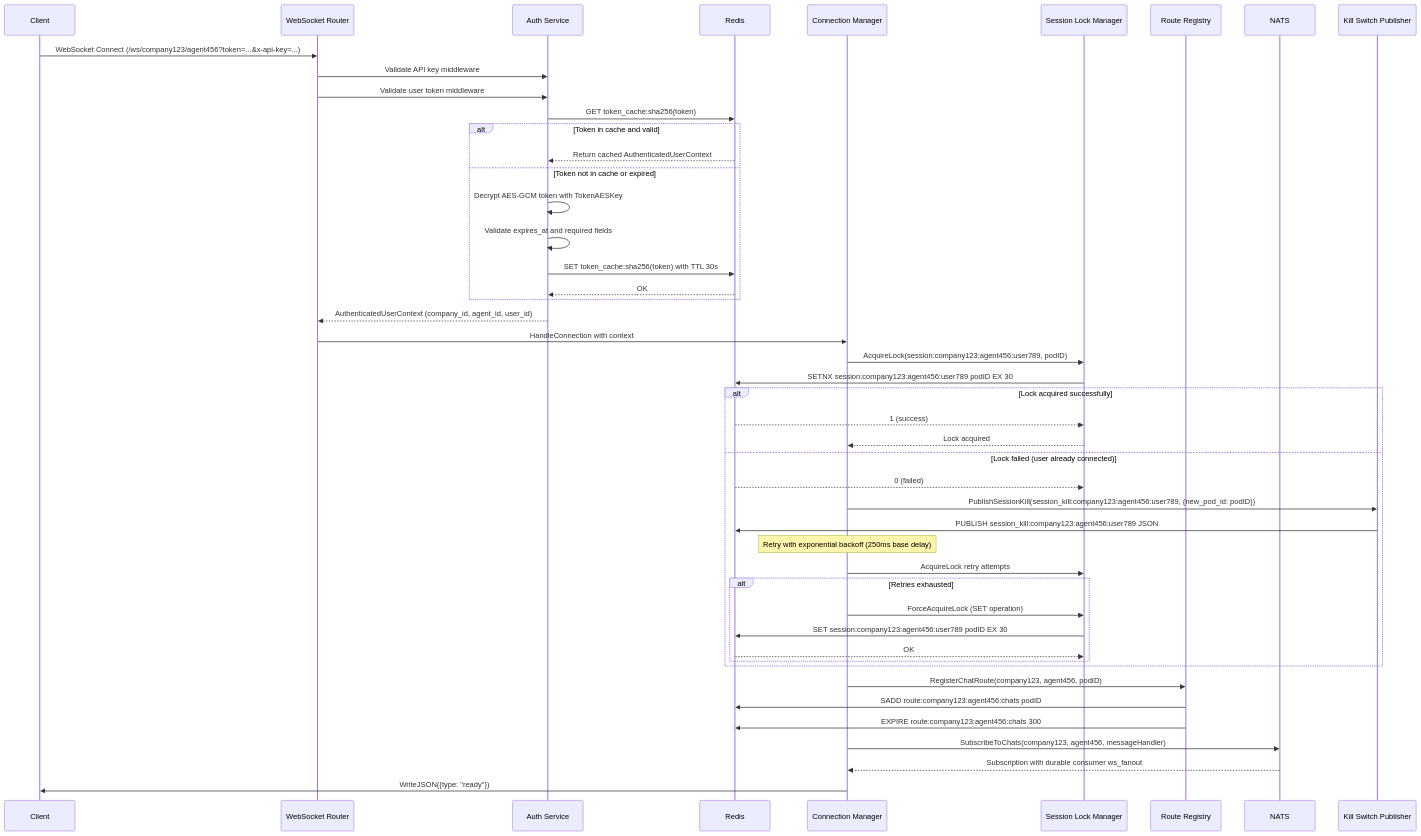
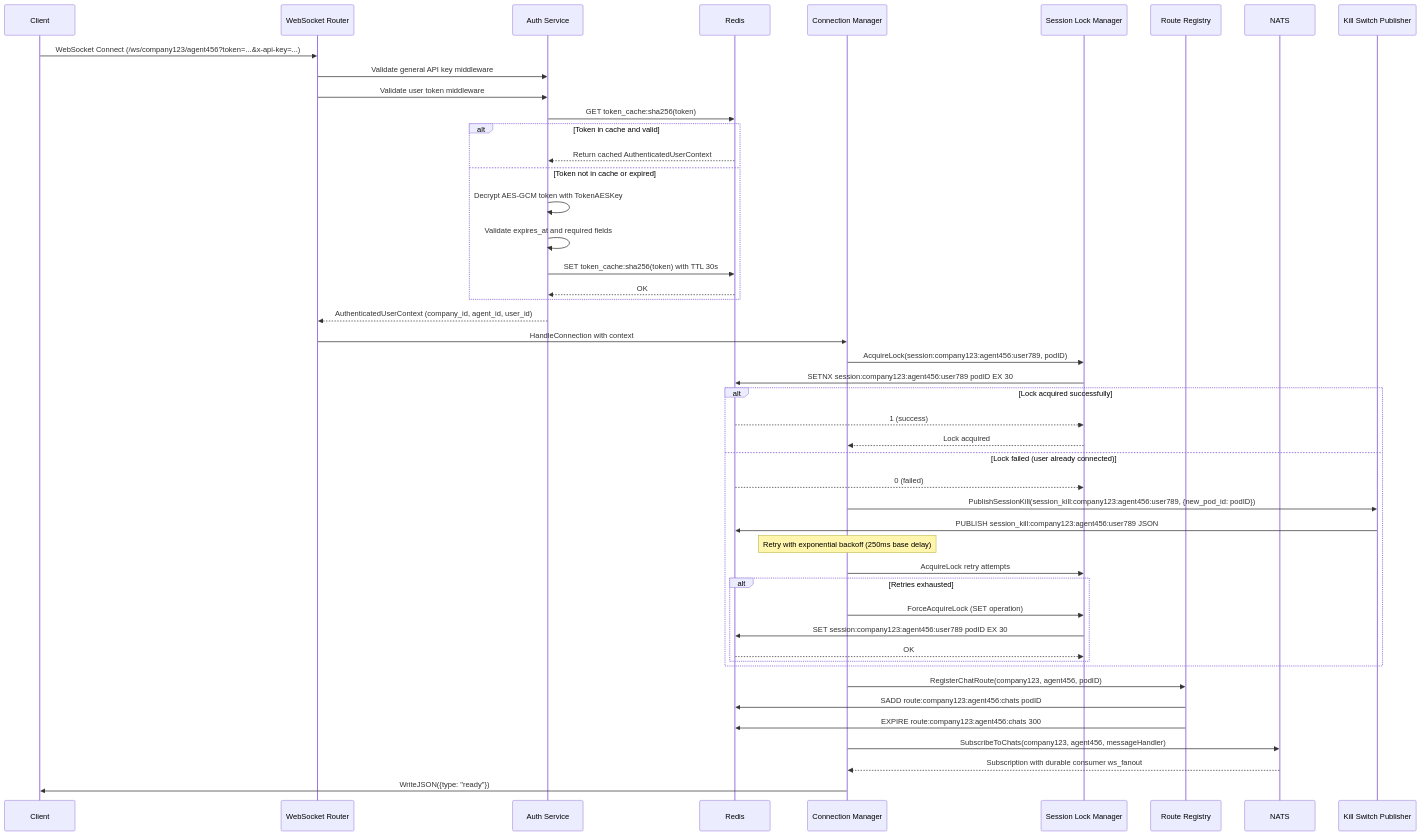
Before and after one commit to ridhomain/dws: the second of 5 diagrams in docs/system_architecture.md, drawn with Mermaid. The commit also changed other lines of this file and 5 other files, not shown here.

````diff
--- a/docs/system_architecture.md
+++ b/docs/system_architecture.md
@@ -184,59 +188,59 @@
 ```mermaid
 sequenceDiagram
     participant Client
     participant Router as WebSocket Router
     participant Auth as Auth Service
     participant Redis
     participant ConnMgr as Connection Manager
     participant SessionLock as Session Lock Manager
     participant RouteReg as Route Registry
     participant NATS
     participant KillSwitch as Kill Switch Publisher
 
     Client->>Router: WebSocket Connect (/ws/company123/agent456?token=...&x-api-key=...)
-    Router->>Auth: Validate API key middleware
+    Router->>Auth: Validate general API key middleware
     Router->>Auth: Validate user token middleware
     Auth->>Redis: GET token_cache:sha256(token)
     
     alt Token in cache and valid
         Redis-->>Auth: Return cached AuthenticatedUserContext
     else Token not in cache or expired
         Auth->>Auth: Decrypt AES-GCM token with TokenAESKey
         Auth->>Auth: Validate expires_at and required fields
         Auth->>Redis: SET token_cache:sha256(token) with TTL 30s
         Redis-->>Auth: OK
     end
     
     Auth-->>Router: AuthenticatedUserContext (company_id, agent_id, user_id)
     Router->>ConnMgr: HandleConnection with context
     
     ConnMgr->>SessionLock: AcquireLock(session:company123:agent456:user789, podID)
     SessionLock->>Redis: SETNX session:company123:agent456:user789 podID EX 30
     
     alt Lock acquired successfully
         Redis-->>SessionLock: 1 (success)
         SessionLock-->>ConnMgr: Lock acquired
     else Lock failed (user already connected)
         Redis-->>SessionLock: 0 (failed)
         ConnMgr->>KillSwitch: PublishSessionKill(session_kill:company123:agent456:user789, {new_pod_id: podID})
         KillSwitch->>Redis: PUBLISH session_kill:company123:agent456:user789 JSON
         
         Note over ConnMgr: Retry with exponential backoff (250ms base delay)
         ConnMgr->>SessionLock: AcquireLock retry attempts
         
         alt Retries exhausted
             ConnMgr->>SessionLock: ForceAcquireLock (SET operation)
             SessionLock->>Redis: SET session:company123:agent456:user789 podID EX 30
             Redis-->>SessionLock: OK
         end
     end
     
     ConnMgr->>RouteReg: RegisterChatRoute(company123, agent456, podID)
     RouteReg->>Redis: SADD route:company123:agent456:chats podID
     RouteReg->>Redis: EXPIRE route:company123:agent456:chats 300
     
     ConnMgr->>NATS: SubscribeToChats(company123, agent456, messageHandler)
     NATS-->>ConnMgr: Subscription with durable consumer ws_fanout
     
     ConnMgr->>Client: WriteJSON({type: "ready"})
 ```
````
